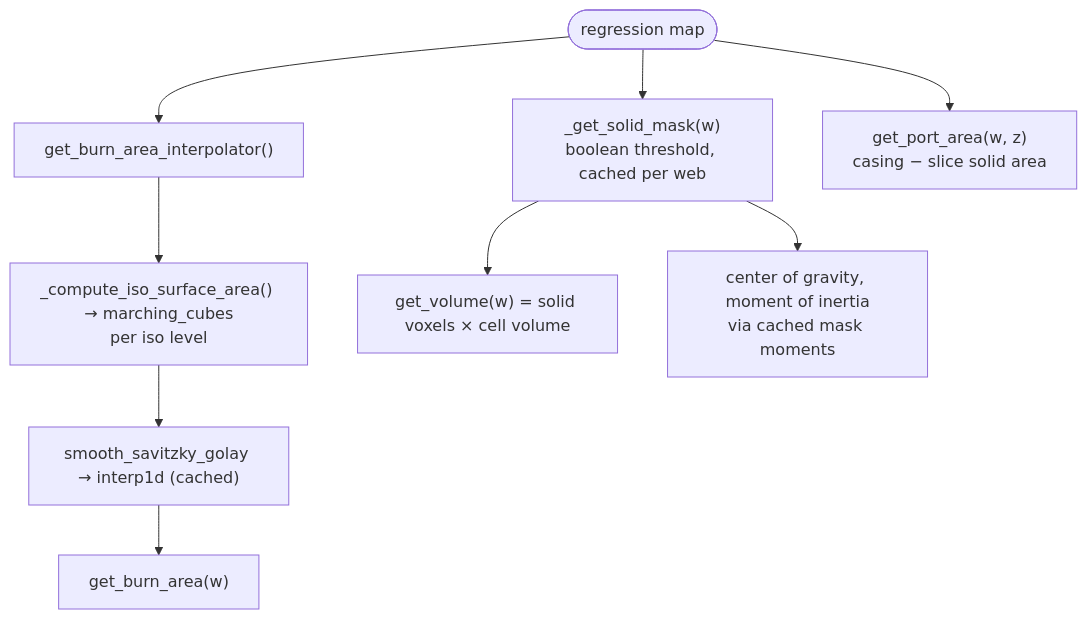
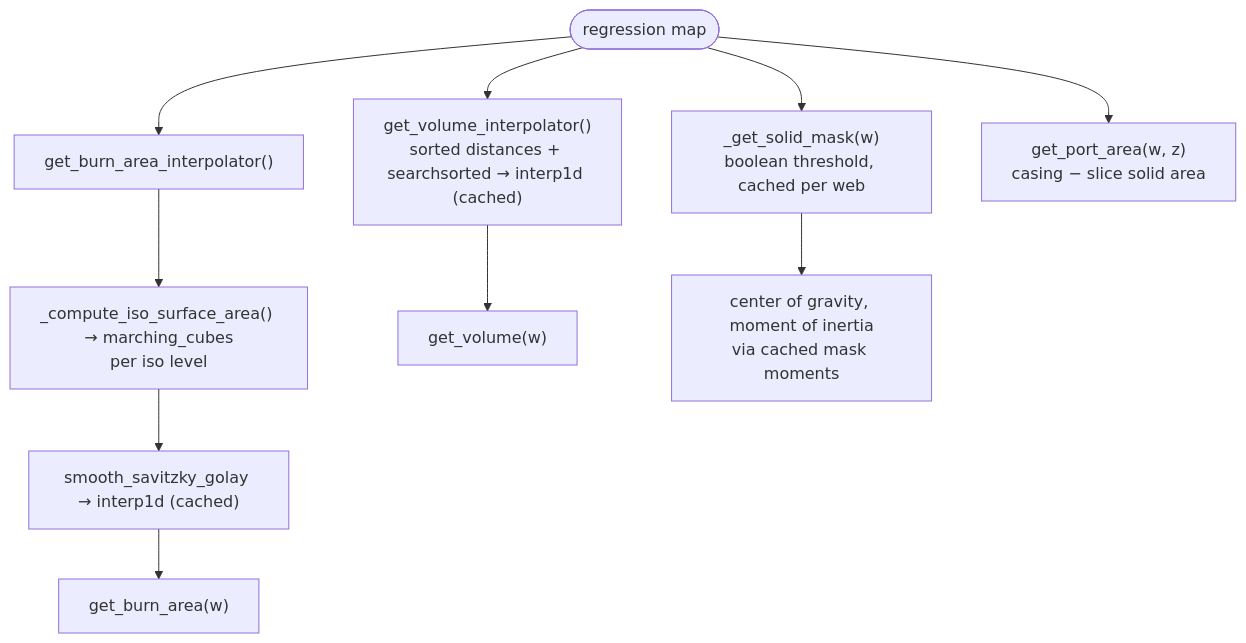
One commit to felipebogaertsm/machwave changed the third of 3 diagrams in docs/theory/grain_regression.md. Above: the diagram before and after it, drawn with Mermaid. The commit also changed other lines of this file and 2 other files, not shown here.

First line of the commit message:
Precompute 3D FMM volume vs web distance with a sorted-distance lookup (#442)

````diff
--- a/docs/theory/grain_regression.md
+++ b/docs/theory/grain_regression.md
@@ -235,11 +240,12 @@
 ```mermaid
 flowchart TB
     R(["regression map"]) --> BA["get_burn_area_interpolator()"]
     BA --> MC["_compute_iso_surface_area() → marching_cubes<br/>per iso level"]
     MC --> SG["smooth_savitzky_golay → interp1d (cached)"]
     SG --> BR["get_burn_area(w)"]
+    R --> VI["get_volume_interpolator()<br/>sorted distances + searchsorted → interp1d (cached)"]
+    VI --> VO["get_volume(w)"]
     R --> SM["_get_solid_mask(w)<br/>boolean threshold, cached per web"]
-    SM --> VO["get_volume(w) = solid voxels × cell volume"]
     SM --> MP["center of gravity, moment of inertia<br/>via cached mask moments"]
     R --> PA["get_port_area(w, z)<br/>casing − slice solid area"]
 ```
````
